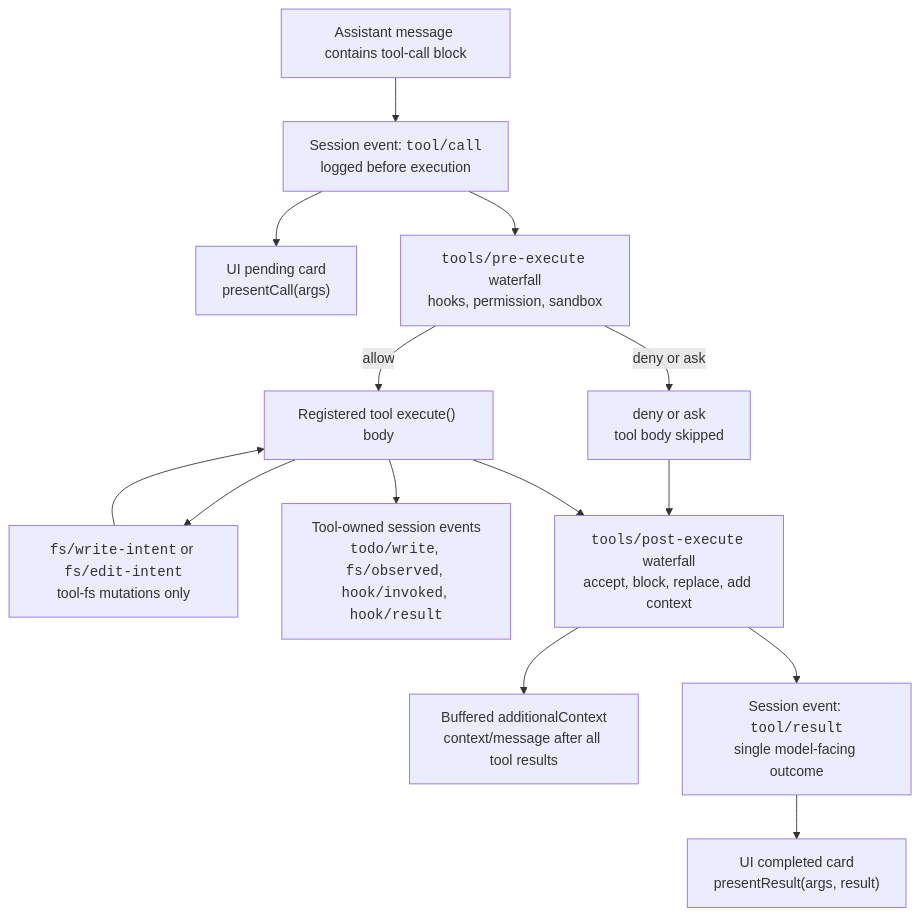
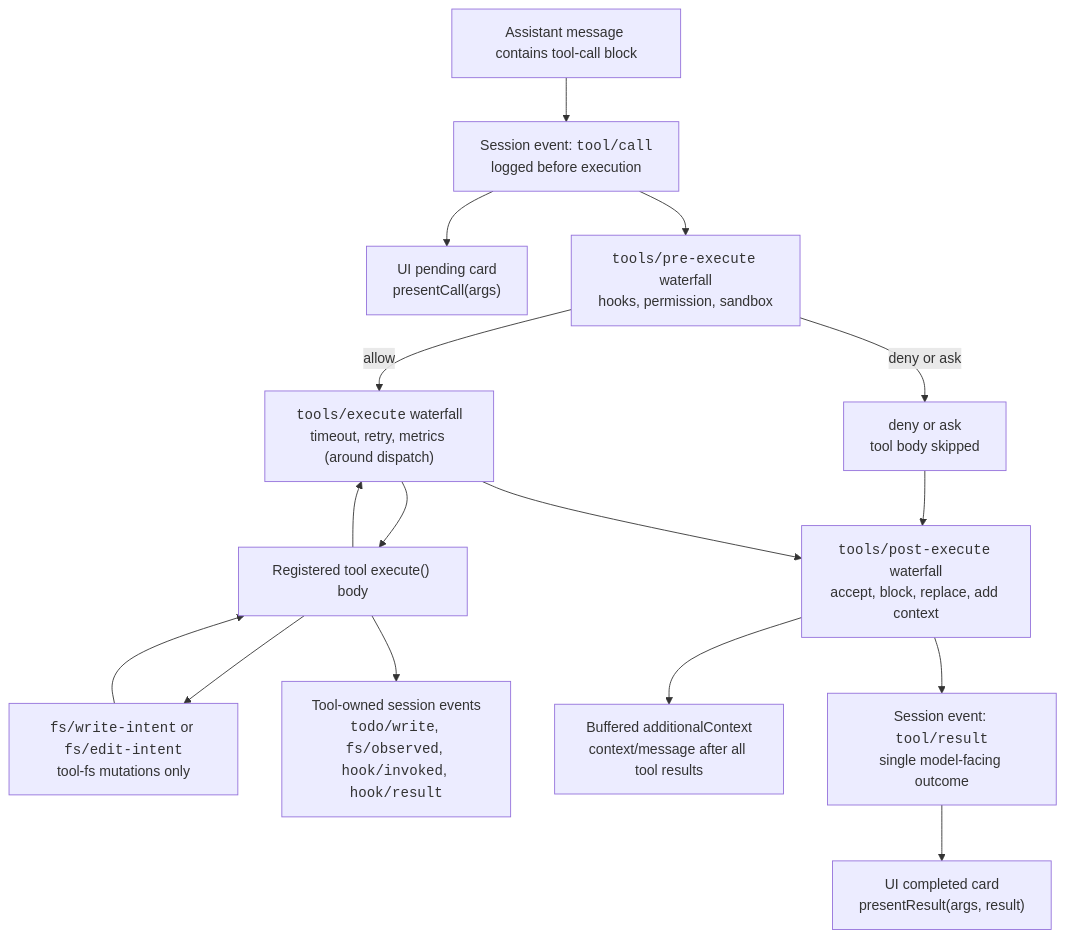
The diagram in docs/tool-execution-pipeline.md (eru123/coco-harness), drawn with Mermaid before and after one commit. The commit also changed other lines of this file and 52 other files, not shown here.

````diff
--- a/docs/tool-execution-pipeline.md
+++ b/docs/tool-execution-pipeline.md
@@ -8,28 +8,31 @@
 ```mermaid
 flowchart TD
   model["Assistant message contains tool-call block"]
   toolCall["Session event: <code>tool/call</code><br/>logged before execution"]
   presentCall["UI pending card<br/>presentCall(args)"]
   pre["<code>tools/pre-execute</code> waterfall<br/>hooks, permission, sandbox"]
   denied["deny or ask<br/>tool body skipped"]
+  around["<code>tools/execute</code> waterfall<br/>timeout, retry, metrics (around dispatch)"]
   toolBody["Registered tool execute() body"]
   fsGate["<code>fs/write-intent</code> or <code>fs/edit-intent</code><br/>tool-fs mutations only"]
   owned["Tool-owned session events<br/><code>todo/write</code>, <code>fs/observed</code>, <code>hook/invoked</code>, <code>hook/result</code>"]
   post["<code>tools/post-execute</code> waterfall<br/>accept, block, replace, add context"]
   context["Buffered additionalContext<br/>context/message after all tool results"]
   toolResult["Session event: <code>tool/result</code><br/>single model-facing outcome"]
   presentResult["UI completed card<br/>presentResult(args, result)"]
   model --> toolCall
   toolCall --> presentCall
   toolCall --> pre
-  pre -->|allow| toolBody
+  pre -->|allow| around
+  around --> toolBody
   pre -->|deny or ask| denied
   denied --> post
   toolBody --> fsGate
   fsGate --> toolBody
   toolBody --> owned
-  toolBody --> post
+  toolBody --> around
+  around --> post
   post --> context
   post --> toolResult
   toolResult --> presentResult
 ```
````
